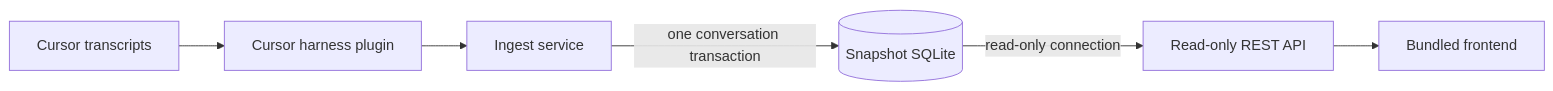
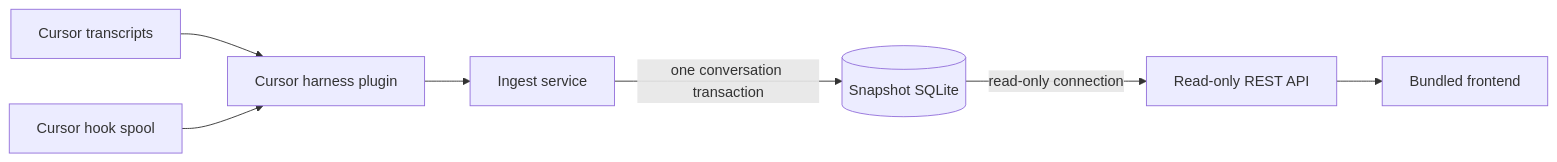
One commit to ganan-s/skillscope changed the diagram in docs/02-backend-architecture.md. Above: the diagram before and after it, drawn with Mermaid. The commit also changed other lines of this file and 19 other files, not shown here.

First line of the commit message:
Document Cursor hooks and add a local golden ingest harness.

````diff
--- a/docs/02-backend-architecture.md
+++ b/docs/02-backend-architecture.md
@@ -22,15 +22,17 @@
 ```mermaid
 flowchart LR
   transcripts[Cursor transcripts]
+  hooks[Cursor hook spool]
   plugin[Cursor harness plugin]
   ingest[Ingest service]
   db[(Snapshot SQLite)]
   api[Read-only REST API]
   frontend[Bundled frontend]
 
   transcripts --> plugin
+  hooks --> plugin
   plugin --> ingest
   ingest -->|"one conversation transaction"| db
   db -->|"read-only connection"| api
   api --> frontend
 ```
````
